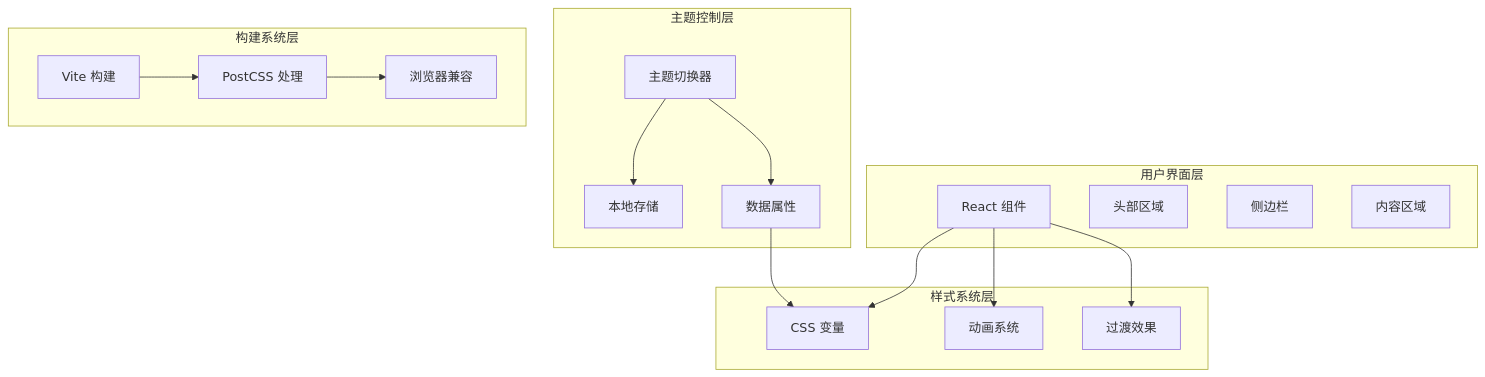
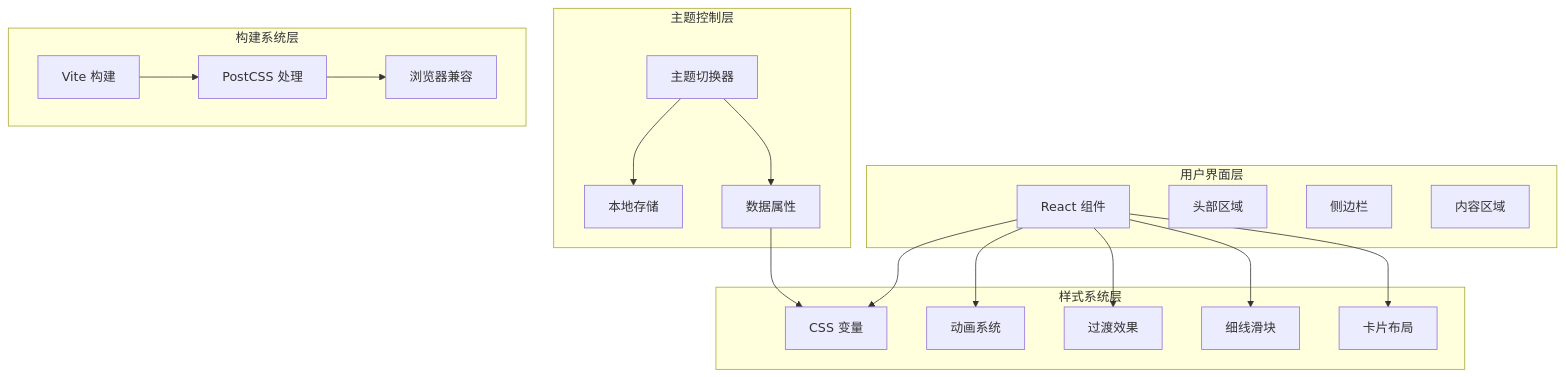
One commit to billye220670/CorineKit_Pix2Real changed the third of 14 diagrams in .qoder/repowiki/zh/content/项目概述/技术架构概览/前端架构设计/样式与主题系统.md. Above: the diagram before and after it, drawn with Mermaid. The commit also changed other lines of this file and 10 other files, not shown here.

Commit message:
feat: LoRA触发词右键上下文菜单与未使用检测 - 新增PromptContextMenu多层级右键菜单组件 - 移除侧边栏LoRA触发词文本显示，改为未使用时黄色警告图标 - 提示词输入框右键弹出菜单，支持插入LoRA触发词和标签分类数据 - Text2ImgSidebar和ZITSidebar同步更新

````diff
--- a/.qoder/repowiki/zh/content/项目概述/技术架构概览/前端架构设计/样式与主题系统.md
+++ b/.qoder/repowiki/zh/content/项目概述/技术架构概览/前端架构设计/样式与主题系统.md
@@ -133,32 +148,36 @@
 ```mermaid
 graph TB
 subgraph "用户界面层"
 UI[React 组件]
 Header[头部区域]
 Sidebar[侧边栏]
 Content[内容区域]
 end
 subgraph "样式系统层"
 CSSVars[CSS 变量]
 Animations[动画系统]
 Transitions[过渡效果]
+ThinSlider[细线滑块]
+CardLayout[卡片布局]
 end
 subgraph "主题控制层"
 ThemeToggle[主题切换器]
 LocalStorage[本地存储]
 DataAttributes[数据属性]
 end
 subgraph "构建系统层"
 Vite[Vite 构建]
 PostCSS[PostCSS 处理]
 BrowserSupport[浏览器兼容]
 end
 UI --> CSSVars
 UI --> Animations
 UI --> Transitions
+UI --> ThinSlider
+UI --> CardLayout
 ThemeToggle --> LocalStorage
 ThemeToggle --> DataAttributes
 DataAttributes --> CSSVars
 Vite --> PostCSS
 PostCSS --> BrowserSupport
 ```
````
